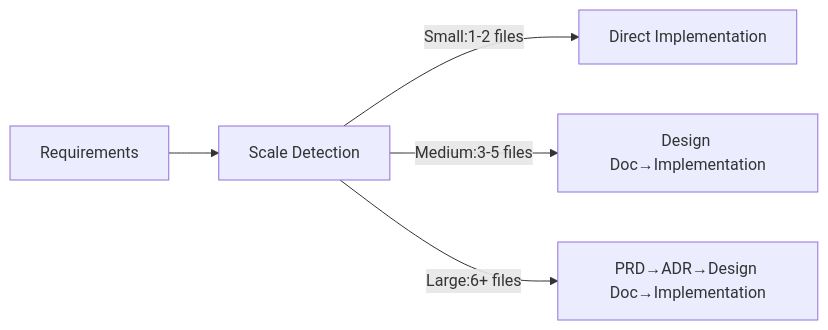
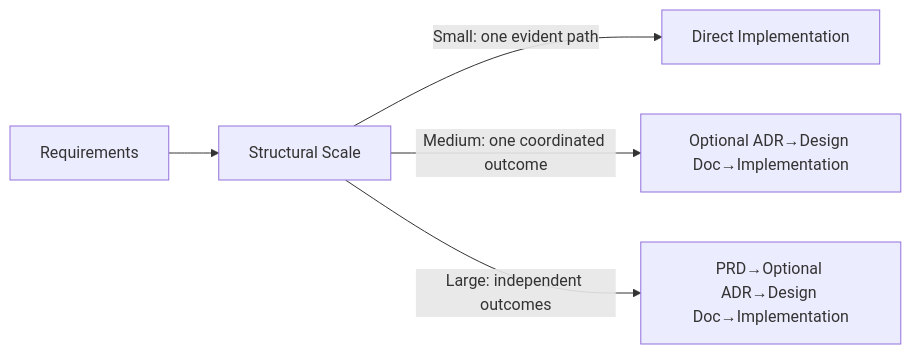
Before and after one commit to shinpr/ai-coding-project-boilerplate: the first of 2 diagrams in docs/guides/en/use-cases.md, drawn with Mermaid. The commit also changed other lines of this file and 45 other files, not shown here.

````diff
--- a/docs/guides/en/use-cases.md
+++ b/docs/guides/en/use-cases.md
@@ -17,7 +17,7 @@
 ```mermaid
 graph LR
-    A[Requirements] --> B[Scale Detection]
-    B -->|Small:1-2 files| C[Direct Implementation]
-    B -->|Medium:3-5 files| D[Design Doc→Implementation]
-    B -->|Large:6+ files| E[PRD→ADR→Design Doc→Implementation]
+    A[Requirements] --> B[Structural Scale]
+    B -->|Small: one evident path| C[Direct Implementation]
+    B -->|Medium: one coordinated outcome| D[Optional ADR→Design Doc→Implementation]
+    B -->|Large: independent outcomes| E[PRD→Optional ADR→Design Doc→Implementation]
 ```
````
